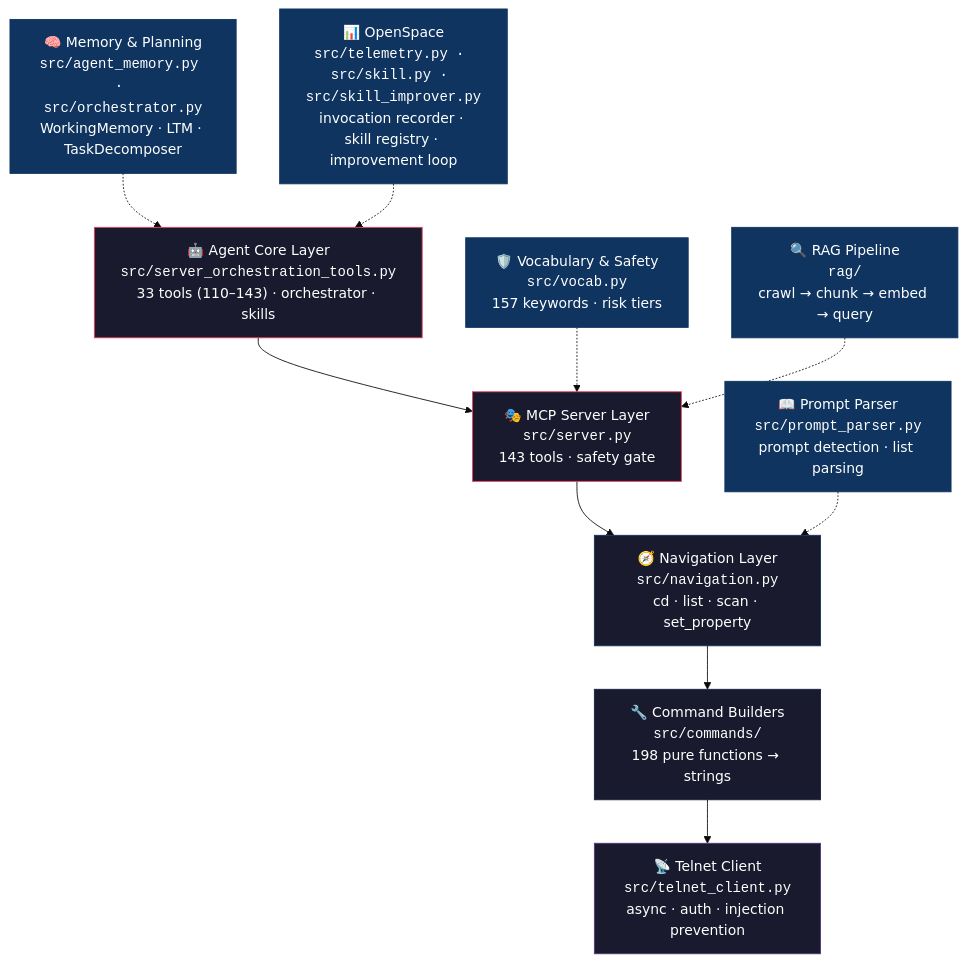
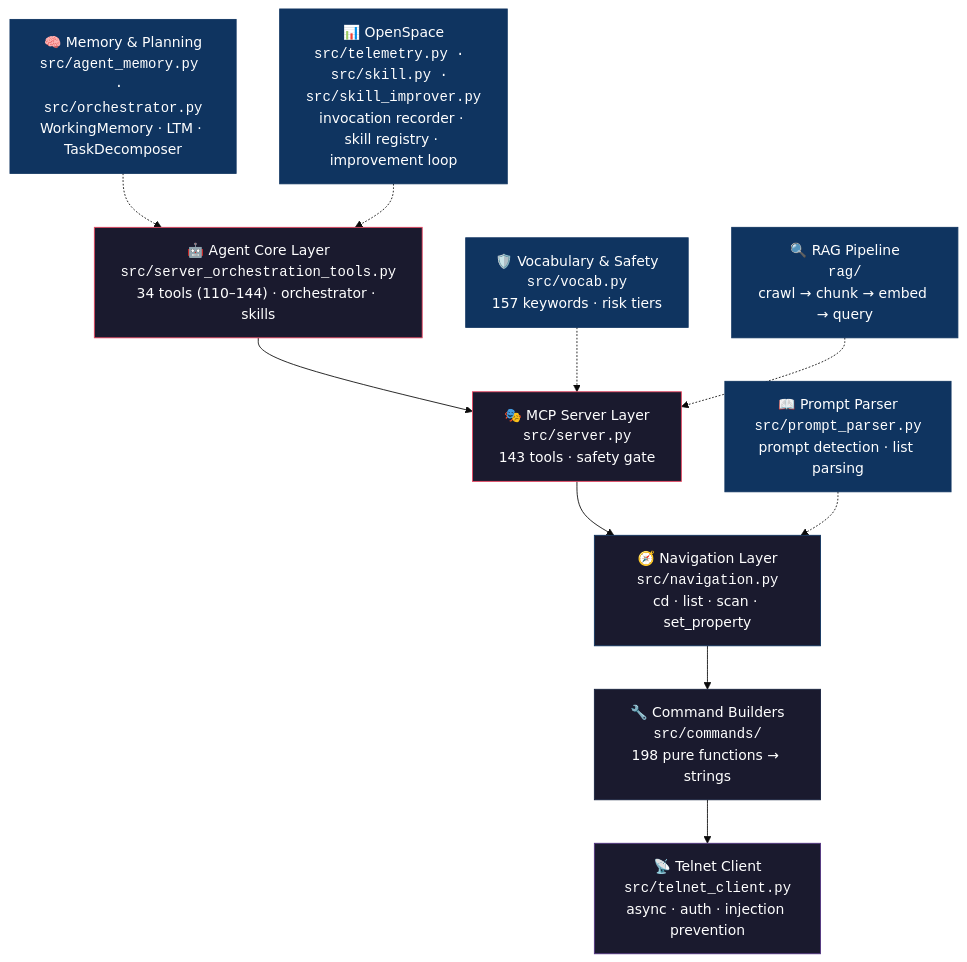
One commit to thisis-romar/ma2-onPC-MCP changed the first of 2 diagrams in README.md. Above: the diagram before and after it, drawn with Mermaid (base theme). The commit also changed other lines of this file and 27 other files, not shown here.

````diff
--- a/README.md
+++ b/README.md
@@ -64,25 +64,25 @@
 ```mermaid
 graph TD
-    H["🤖 Agent Core Layer<br/><code>src/server_orchestration_tools.py</code><br/>33 tools (110–143) · orchestrator · skills"] --> A
+    H["🤖 Agent Core Layer<br/><code>src/server_orchestration_tools.py</code><br/>34 tools (110–144) · orchestrator · skills"] --> A
     A["🎭 MCP Server Layer<br/><code>src/server.py</code><br/>143 tools · safety gate"] --> B
     B["🧭 Navigation Layer<br/><code>src/navigation.py</code><br/>cd · list · scan · set_property"] --> C
     C["🔧 Command Builders<br/><code>src/commands/</code><br/>198 pure functions → strings"] --> D
     D["📡 Telnet Client<br/><code>src/telnet_client.py</code><br/>async · auth · injection prevention"]
 
     E["📖 Prompt Parser<br/><code>src/prompt_parser.py</code><br/>prompt detection · list parsing"] -.-> B
     F["🛡️ Vocabulary & Safety<br/><code>src/vocab.py</code><br/>157 keywords · risk tiers"] -.-> A
     G["🔍 RAG Pipeline<br/><code>rag/</code><br/>crawl → chunk → embed → query"] -.-> A
     I["🧠 Memory & Planning<br/><code>src/agent_memory.py · src/orchestrator.py</code><br/>WorkingMemory · LTM · TaskDecomposer"] -.-> H
     J["📊 OpenSpace<br/><code>src/telemetry.py · src/skill.py · src/skill_improver.py</code><br/>invocation recorder · skill registry · improvement loop"] -.-> H
 
     style H fill:#1a1a2e,stroke:#e94560,color:#fff
     style A fill:#1a1a2e,stroke:#e94560,color:#fff
     style B fill:#1a1a2e,stroke:#0f3460,color:#fff
     style C fill:#1a1a2e,stroke:#16213e,color:#fff
     style D fill:#1a1a2e,stroke:#533483,color:#fff
     style E fill:#0f3460,stroke:#0f3460,color:#fff
     style F fill:#0f3460,stroke:#0f3460,color:#fff
     style G fill:#0f3460,stroke:#0f3460,color:#fff
     style I fill:#0f3460,stroke:#0f3460,color:#fff
     style J fill:#0f3460,stroke:#0f3460,color:#fff
 ```
````
